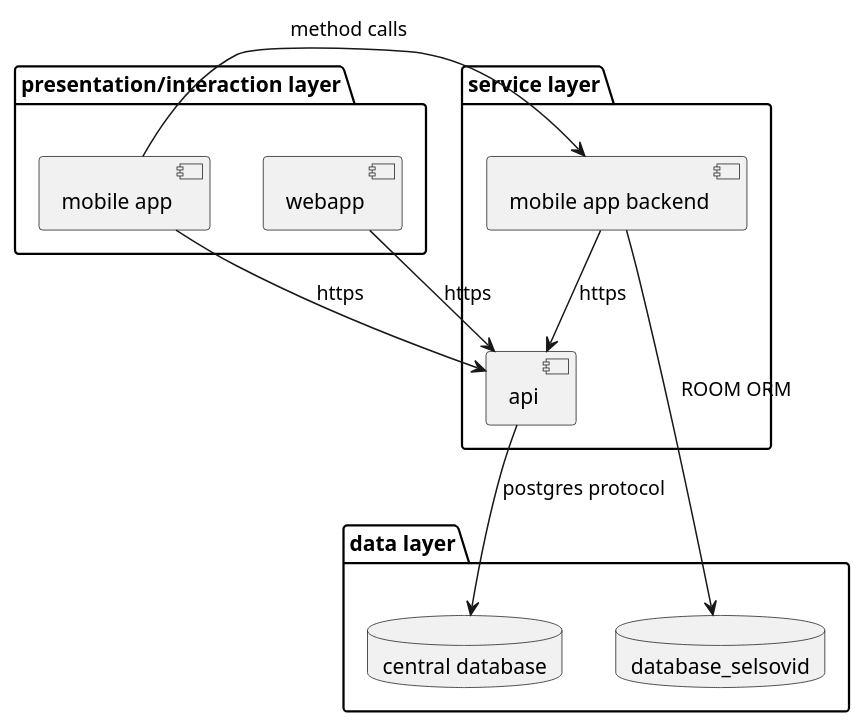
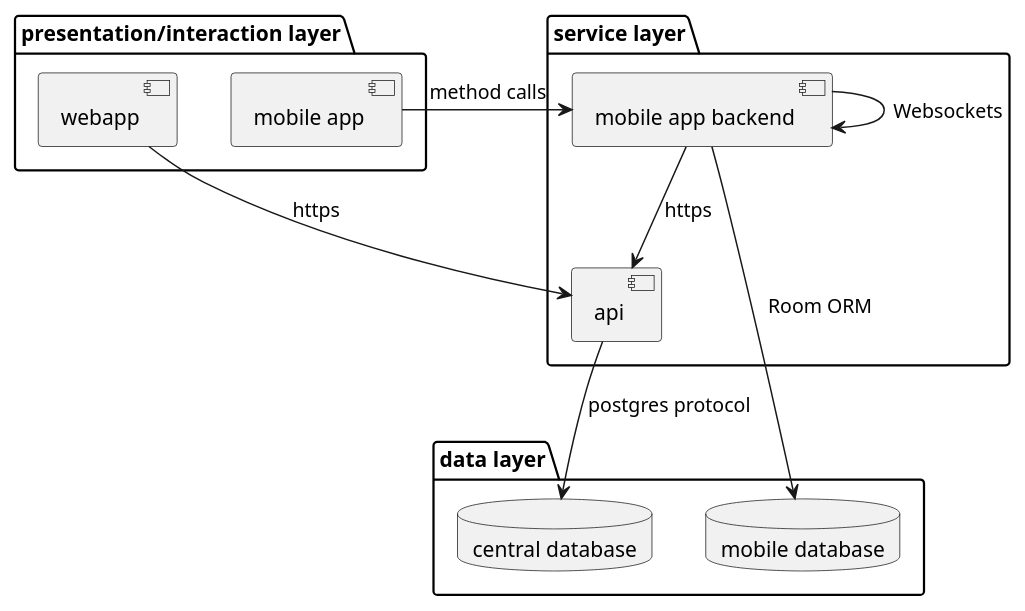
Before and after one commit to SelSolvID/docs: the diagram in diagrams/softwarearchitecture/layer.puml, drawn with PlantUML. The commit also changed 9 other files, not shown here.

```diff
--- a/diagrams/softwarearchitecture/layer.puml
+++ b/diagrams/softwarearchitecture/layer.puml
@@ -1,25 +1,25 @@
 @startuml layer diagram
 package "presentation/interaction layer" as pil {
   [mobile app] as map
   [webapp] as wap
 }
 
 package "service layer" as sl {
   [api]
   [mobile app backend] as mab
 }
 
 package "data layer" as dl {
   database "central database" as cdb
-  database "database_selsovid" as ldb
+  database "mobile database" as ldb
 }
 
 map -> mab : method calls
+mab -> mab : Websockets
 
-map --> api: https
 wap --> api : https
 
 api --> cdb : postgres protocol
 mab --> api : https
-mab --> ldb : ROOM ORM
+mab --> ldb : Room ORM
 @enduml
```
